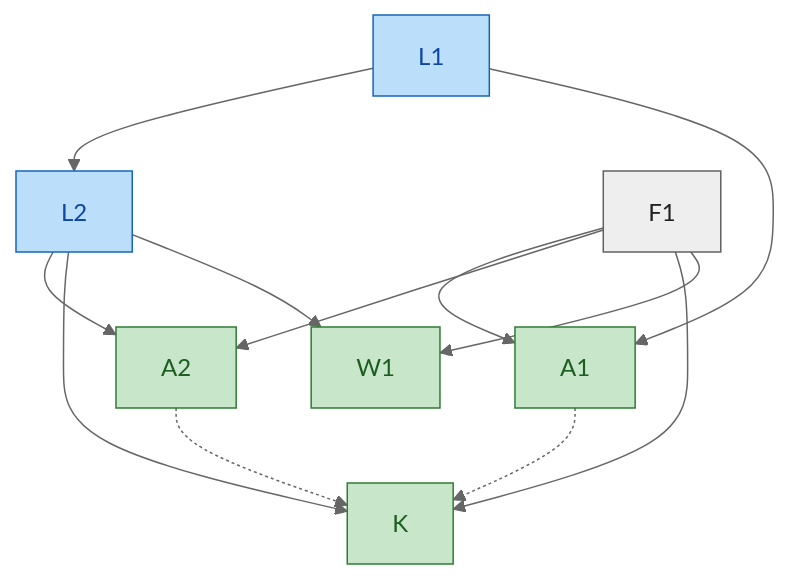
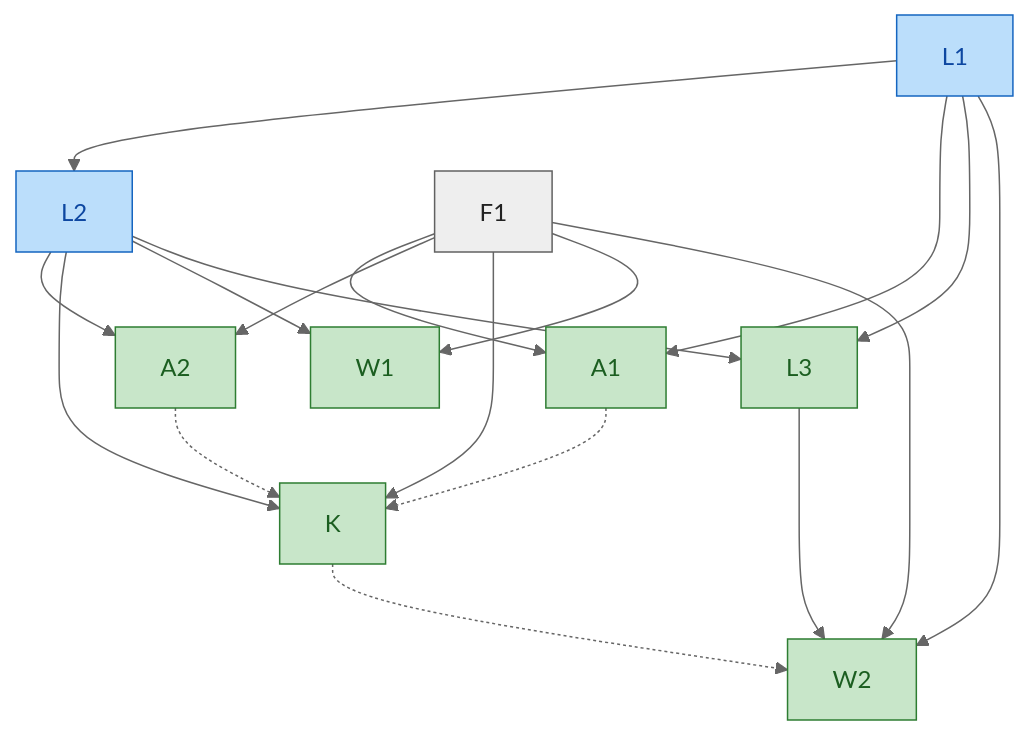
One commit to SeanWMurray/Canteen changed the second of 2 diagrams in docs/blueprint/crystallization-minimum-tax.md. Above: the diagram before and after it, drawn with Mermaid (neutral theme). The commit also changed other lines of this file and 14 other files, not shown here.

````diff
--- a/docs/blueprint/crystallization-minimum-tax.md
+++ b/docs/blueprint/crystallization-minimum-tax.md
@@ -49,26 +55,34 @@
 ```mermaid
 graph TD
   n0["L1"]:::encoded
   n1["L2"]:::encoded
   n2["F1"]:::fact
   n3["A1"]:::proven
   n4["A2"]:::proven
   n5["K"]:::proven
   n6["W1"]:::proven
+  n7["L3"]:::proven
+  n8["W2"]:::proven
   n0 --> n1
   n0 --> n3
   n2 --> n3
   n2 --> n4
   n1 --> n4
   n2 --> n5
   n1 --> n5
   n3 -.-> n5
   n4 -.-> n5
   n2 --> n6
   n1 --> n6
+  n0 --> n7
+  n1 --> n7
+  n7 --> n8
+  n2 --> n8
+  n0 --> n8
+  n5 -.-> n8
   classDef proven fill:#c8e6c9,stroke:#2e7d32,color:#1b5e20
   classDef encoded fill:#bbdefb,stroke:#1565c0,color:#0d47a1
   classDef fact fill:#eeeeee,stroke:#616161,color:#212121
   classDef judgment fill:#ffe0b2,stroke:#ef6c00,color:#e65100
   classDef notFormalized fill:#ffffff,stroke:#c62828,color:#b71c1c,stroke-dasharray:5 5
 ```
````
